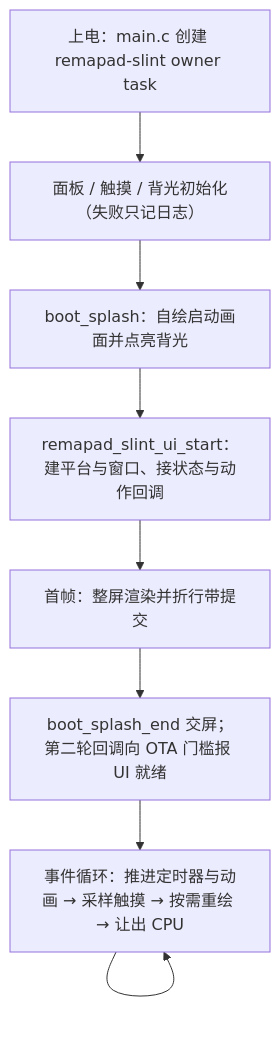
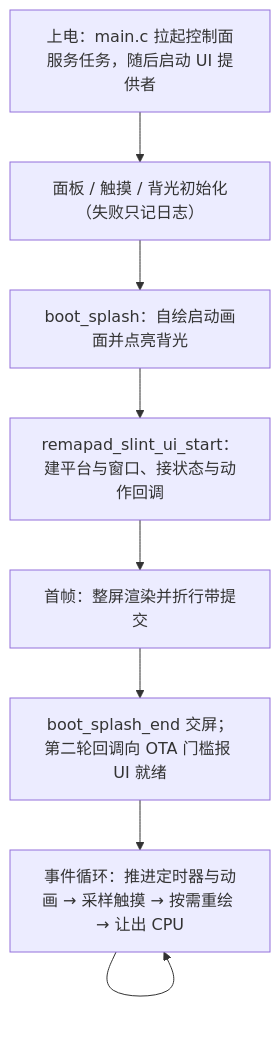
The fourth of 9 diagrams in docs/ARCHITECTURE.md (slime7/remapad), drawn with Mermaid before and after one commit. The commit also changed other lines of this file and 71 other files, not shown here.

````diff
--- a/docs/ARCHITECTURE.md
+++ b/docs/ARCHITECTURE.md
@@ -166,10 +185,10 @@
 ```mermaid
 flowchart TB
-    Boot["上电：main.c 创建 remapad-slint owner task"] --> Drv["面板 / 触摸 / 背光初始化（失败只记日志）"]
+    Boot["上电：main.c 拉起控制面服务任务，随后启动 UI 提供者"] --> Drv["面板 / 触摸 / 背光初始化（失败只记日志）"]
     Drv --> Splash["boot_splash：自绘启动画面并点亮背光"]
     Splash --> Start["remapad_slint_ui_start：建平台与窗口、接状态与动作回调"]
     Start --> First["首帧：整屏渲染并折行带提交"]
     First --> Ready["boot_splash_end 交屏；第二轮回调向 OTA 门槛报 UI 就绪"]
     Ready --> Loop["事件循环：推进定时器与动画 → 采样触摸 → 按需重绘 → 让出 CPU"]
     Loop --> Loop
 ```
````
